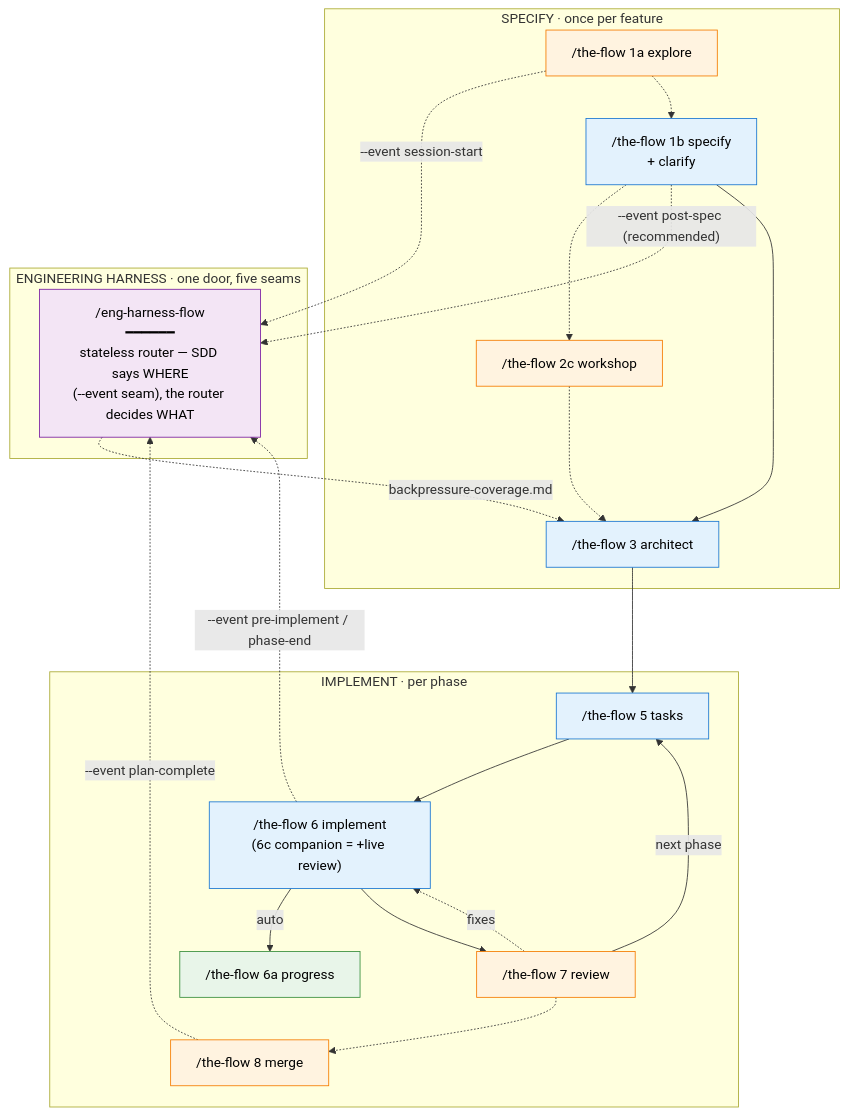
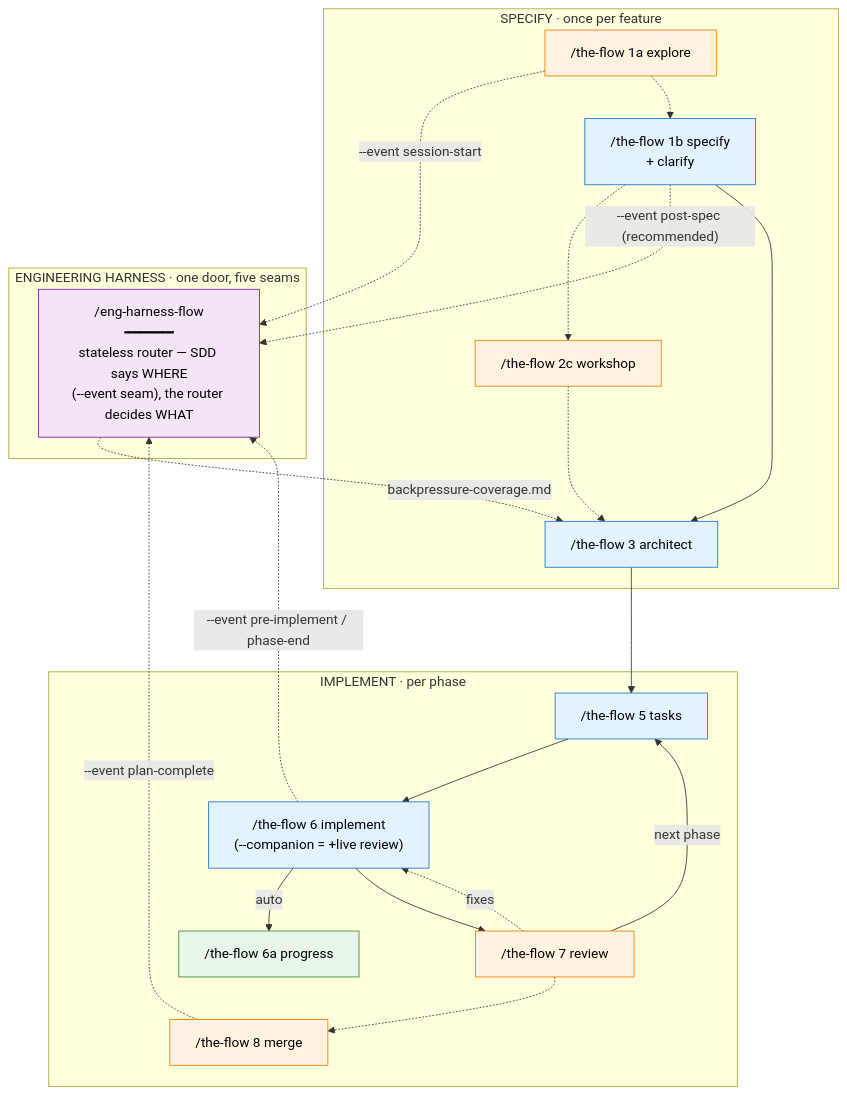
One commit to jakkaj/tools changed the first of 2 diagrams in skills/SDD/the-flow/references/getting-started.md. Above: the diagram before and after it, drawn with Mermaid. The commit also changed other lines of this file and 35 other files, not shown here.

First line of the commit message:
feat(skills): restructure the-flow to the flow-architecture pattern — sub-skills as contract-bound verbs, Registry+Graph, slotted coach, companion folded into implement (plan-031)

````diff
--- a/skills/SDD/the-flow/references/getting-started.md
+++ b/skills/SDD/the-flow/references/getting-started.md
@@ -59,43 +59,43 @@
 ```mermaid
 flowchart TB
     classDef manual fill:#e3f2fd,stroke:#1976d2,color:#000
     classDef auto fill:#e8f5e9,stroke:#388e3c,color:#000
     classDef optional fill:#fff3e0,stroke:#f57c00,color:#000
     classDef harness fill:#f3e5f5,stroke:#7b1fa2,color:#000
 
     subgraph specify["SPECIFY · once per feature"]
         P1A["/the-flow 1a explore"]:::optional
         P1B["/the-flow 1b specify<br/>+ clarify"]:::manual
         P2C["/the-flow 2c workshop"]:::optional
         P3["/the-flow 3 architect"]:::manual
     end
 
     subgraph implement["IMPLEMENT · per phase"]
         P5["/the-flow 5 tasks"]:::manual
-        P6["/the-flow 6 implement<br/>(6c companion = +live review)"]:::manual
+        P6["/the-flow 6 implement<br/>(--companion = +live review)"]:::manual
         P6A["/the-flow 6a progress"]:::auto
         P7["/the-flow 7 review"]:::optional
         P8["/the-flow 8 merge"]:::optional
     end
 
     subgraph harness["ENGINEERING HARNESS · one door, five seams"]
         R["/eng-harness-flow<br/>━━━━━━<br/>stateless router — SDD says WHERE<br/>(--event seam), the router decides WHAT"]:::harness
     end
 
     P1A -.->|"--event session-start"| R
     P1A -.-> P1B
     P1B -.-> P2C
     P2C -.-> P3
     P1B -.->|"--event post-spec (recommended)"| R
     R -.->|backpressure-coverage.md| P3
     P1B --> P3
     P3 --> P5
     P5 --> P6
     P6 -->|auto| P6A
     P6 --> P7
     P7 -->|next phase| P5
     P7 -.->|fixes| P6
     P7 -.-> P8
     P6 -.->|"--event pre-implement / phase-end"| R
     P8 -.->|"--event plan-complete"| R
 ```
````
